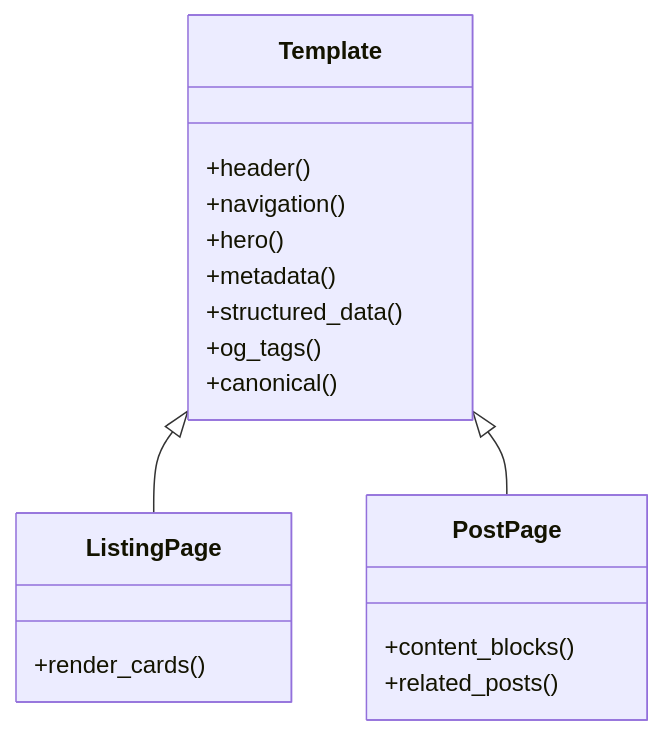
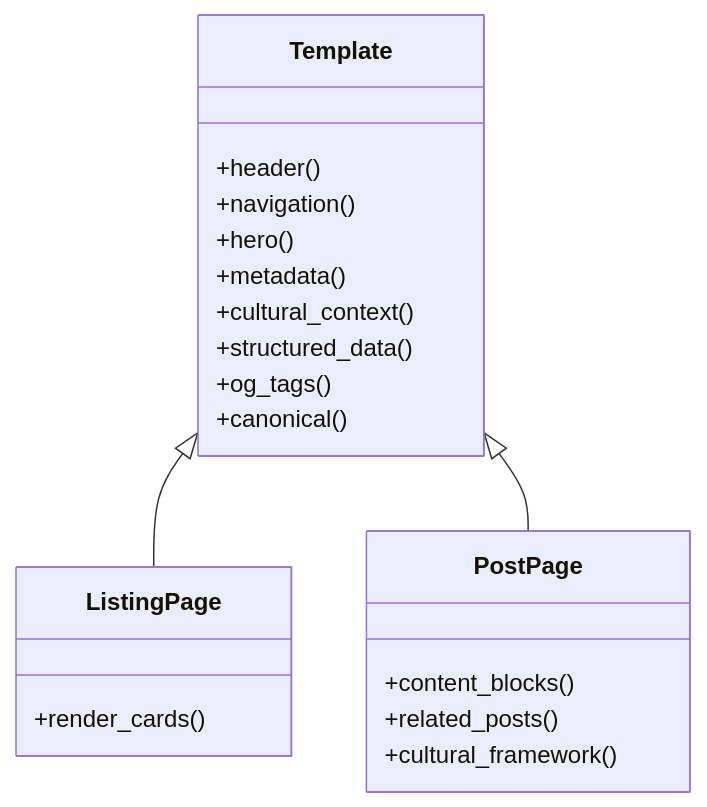
Before and after one commit to lynchip/graduates: the fifth of 6 diagrams in .qoder/repowiki/en/content/Core Features/Educational Content Platform.md, drawn with Mermaid. The commit also changed other lines of this file and 12 other files, not shown here.

````diff
--- a/.qoder/repowiki/en/content/Core Features/Educational Content Platform.md
+++ b/.qoder/repowiki/en/content/Core Features/Educational Content Platform.md
@@ -298,21 +303,23 @@
 ```mermaid
 classDiagram
 class Template {
 +header()
 +navigation()
 +hero()
 +metadata()
++cultural_context()
 +structured_data()
 +og_tags()
 +canonical()
 }
 class ListingPage {
 +render_cards()
 }
 class PostPage {
 +content_blocks()
 +related_posts()
++cultural_framework()
 }
 Template <|-- ListingPage
 Template <|-- PostPage
 ```
````
